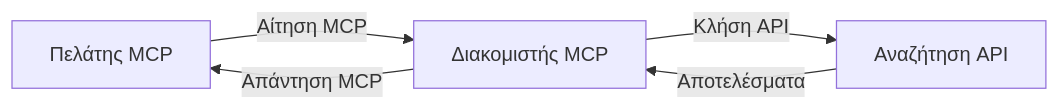
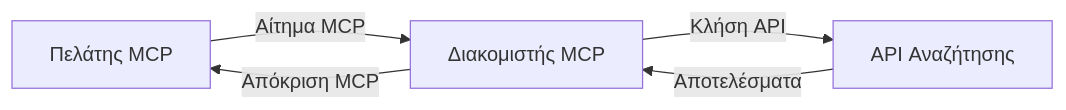
The second of 4 diagrams in translations/el/05-AdvancedTopics/mcp-realtimesearch/README.md (microsoft/mcp-for-beginners), drawn with Mermaid before and after one commit. The commit also changed other lines of this file and 148 other files, not shown here.

````diff
--- a/translations/el/05-AdvancedTopics/mcp-realtimesearch/README.md
+++ b/translations/el/05-AdvancedTopics/mcp-realtimesearch/README.md
@@ -598,7 +600,7 @@
 ```mermaid
 graph LR
-    Client[Πελάτης MCP] --> |Αίτηση MCP| Server[Διακομιστής MCP]
-    Server --> |Κλήση API| SearchAPI[Αναζήτηση API]
+    Client[Πελάτης MCP] --> |Αίτημα MCP| Server[Διακομιστής MCP]
+    Server --> |Κλήση API| SearchAPI[API Αναζήτησης]
     SearchAPI --> |Αποτελέσματα| Server
-    Server --> |Απάντηση MCP| Client
+    Server --> |Απόκριση MCP| Client
 ```
````
